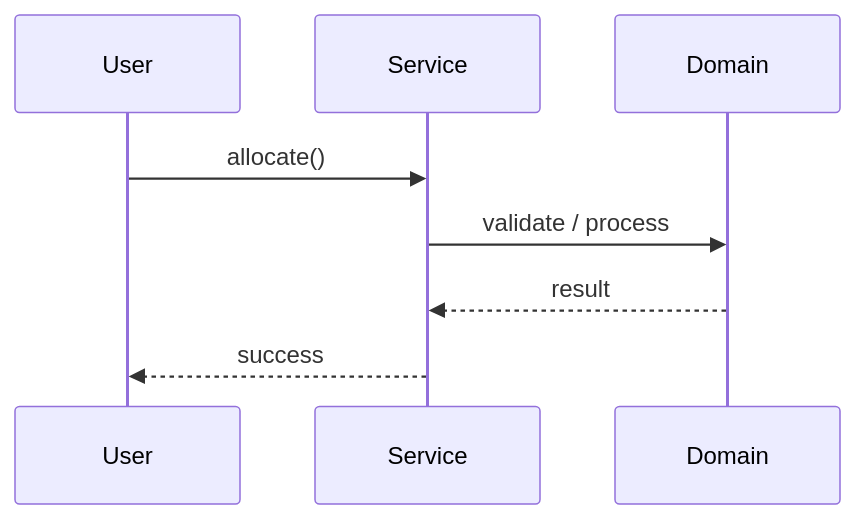
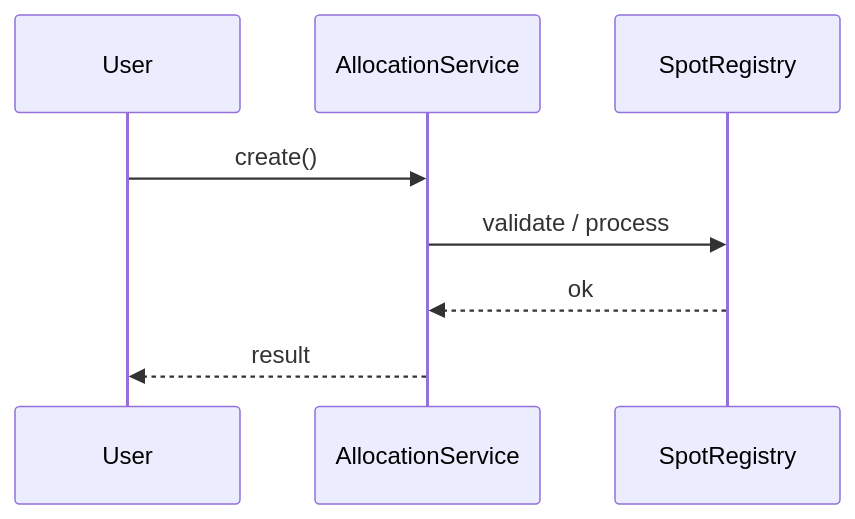
The second of 3 diagrams in Learn/System Design - Low Level Design/02-classic-ood/questions/Q58-parking-spot-allocation.md (madhupaila/Interview-Prep-SSE), drawn with Mermaid before and after one commit. The commit also changed other lines of this file and 491 other files, not shown here.

````diff
--- a/Learn/System Design - Low Level Design/02-classic-ood/questions/Q58-parking-spot-allocation.md
+++ b/Learn/System Design - Low Level Design/02-classic-ood/questions/Q58-parking-spot-allocation.md
@@ -121,10 +151,10 @@
 ```mermaid
 sequenceDiagram
-    participant U as User
-    participant S as Service
-    participant D as Domain
-    U->>S: allocate()
-    S->>D: validate / process
-    D-->>S: result
-    S-->>U: success
+participant U as User
+participant S as AllocationService
+participant D as SpotRegistry
+U->>S: create()
+S->>D: validate / process
+D-->>S: ok
+S-->>U: result
 ```
````
